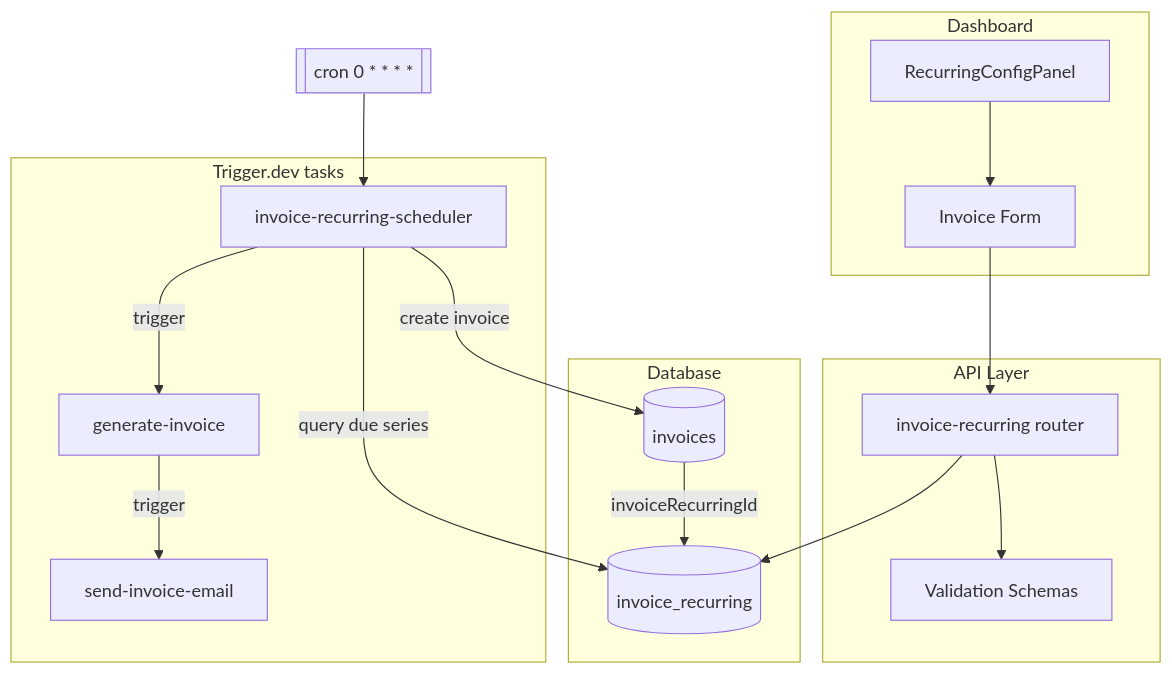
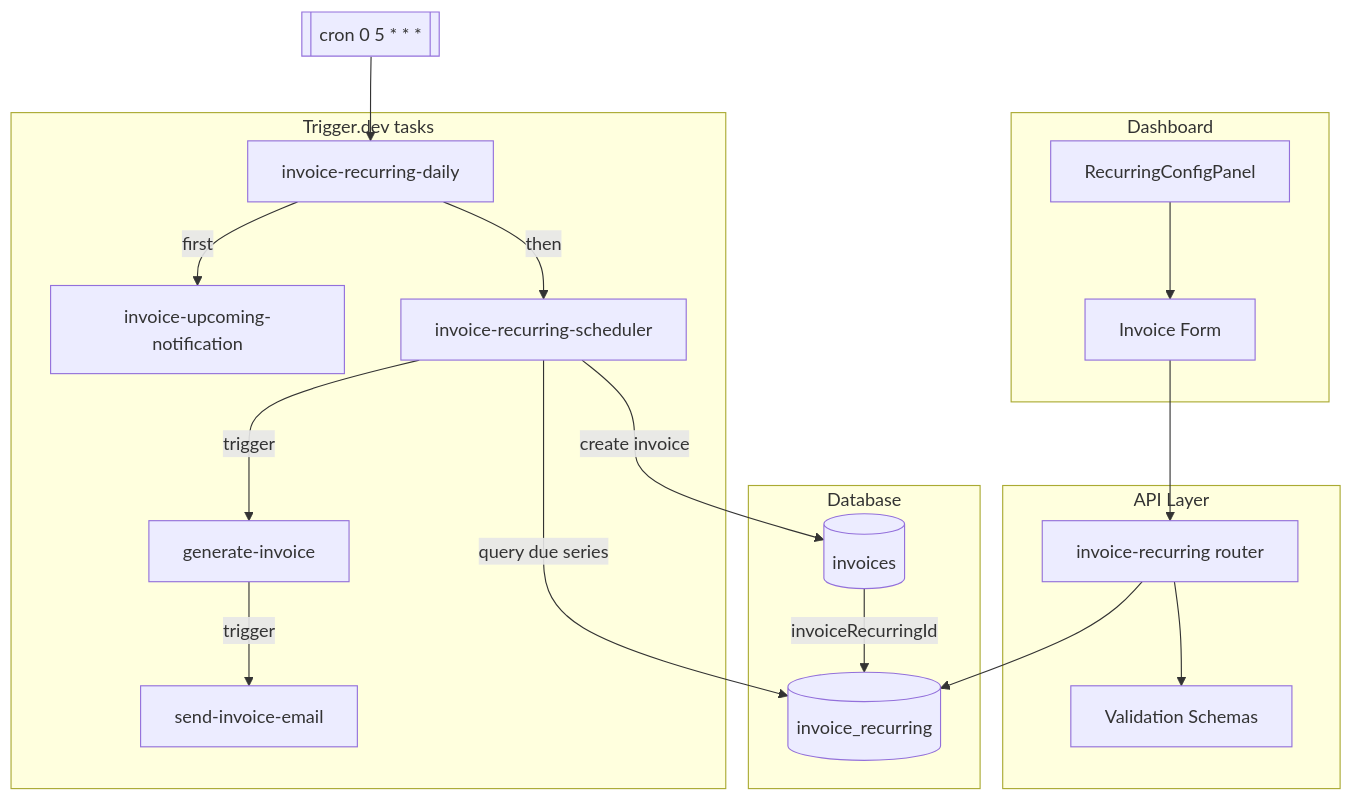
The first of 6 diagrams in docs/invoice-recurring.md (FredflixBE/midday), drawn with Mermaid before and after one commit. The commit also changed other lines of this file and 9 other files, not shown here.

First line of the commit message:
FF-1522: one daily schedule for the recurring-invoice jobs instead of two hourly ones (#86)

````diff
--- a/docs/invoice-recurring.md
+++ b/docs/invoice-recurring.md
@@ -15,36 +15,40 @@
 ```mermaid
 graph TB
     subgraph dashboard [Dashboard]
         UI[RecurringConfigPanel]
         Form[Invoice Form]
     end
     
     subgraph api [API Layer]
         Router[invoice-recurring router]
         Schema[Validation Schemas]
     end
     
     subgraph db [Database]
         RecurringTable[(invoice_recurring)]
         InvoicesTable[(invoices)]
     end
     
     subgraph jobs [Trigger.dev tasks]
+        Daily[invoice-recurring-daily]
+        Notifier[invoice-upcoming-notification]
         Scheduler[invoice-recurring-scheduler]
         Generator[generate-invoice]
         EmailSender[send-invoice-email]
     end
     
     UI --> Form
     Form --> Router
     Router --> Schema
     Router --> RecurringTable
     
-    Schedule[["cron 0 * * * *"]] --> Scheduler
+    Schedule[["cron 0 5 * * *"]] --> Daily
+    Daily -->|"first"| Notifier
+    Daily -->|"then"| Scheduler
     Scheduler -->|"query due series"| RecurringTable
     Scheduler -->|"create invoice"| InvoicesTable
     Scheduler -->|"trigger"| Generator
     Generator -->|"trigger"| EmailSender
     
     InvoicesTable -->|"invoiceRecurringId"| RecurringTable
 ```
````
